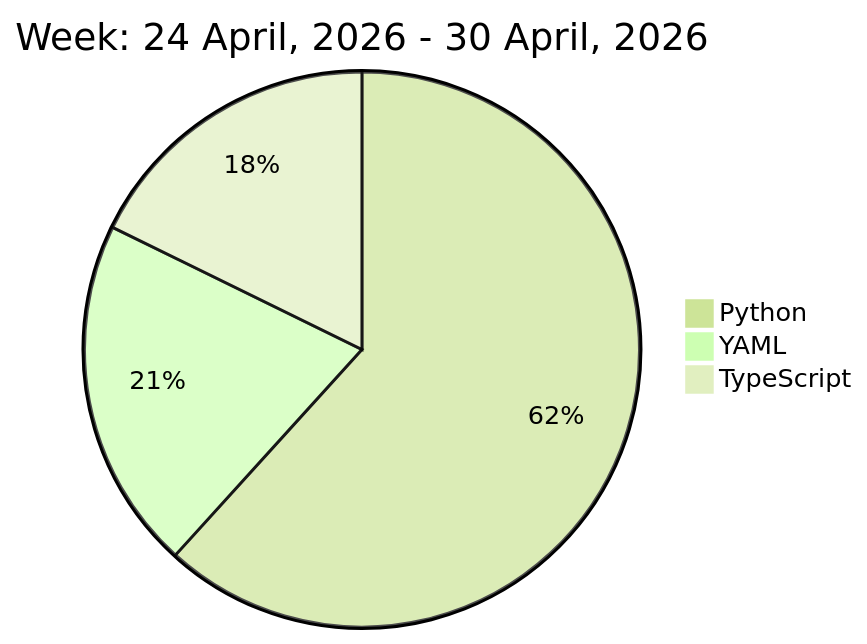
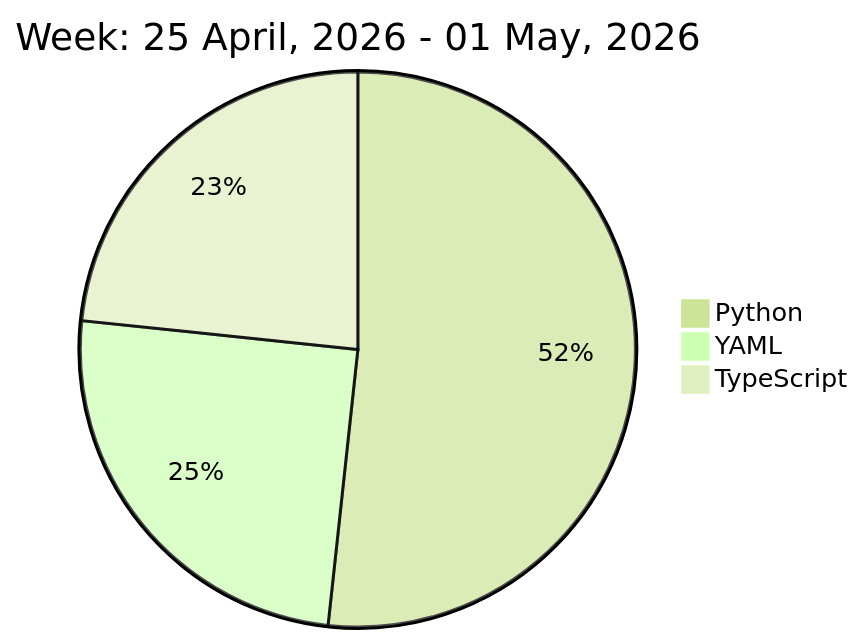
Before and after one commit to liubin95/liubin95: the diagram in README.md, drawn with Mermaid (forest theme).

Commit message:
Updated the Graph with new Metrics

````diff
--- a/README.md
+++ b/README.md
@@ -32,7 +32,7 @@
 ```mermaid
  pie
-title Week: 24 April, 2026 - 30 April, 2026
- "Python" : 7.58
- "YAML" : 2.52
+title Week: 25 April, 2026 - 01 May, 2026
+ "Python" : 4.83
+ "YAML" : 2.33
  "TypeScript" : 2.18
 ```
````
